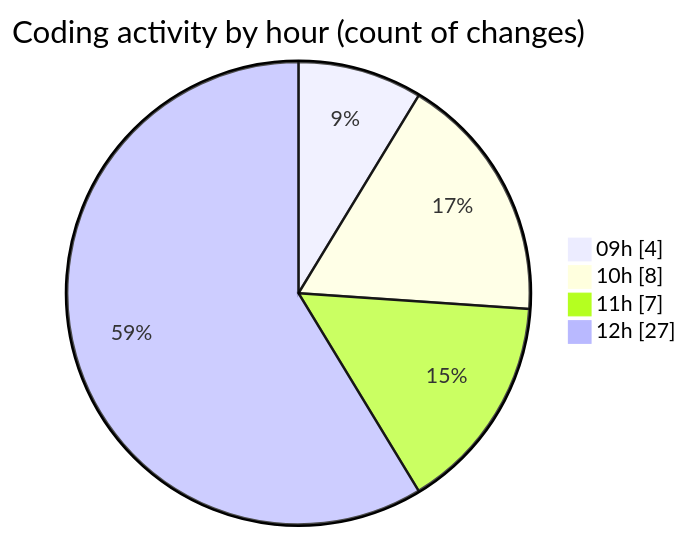
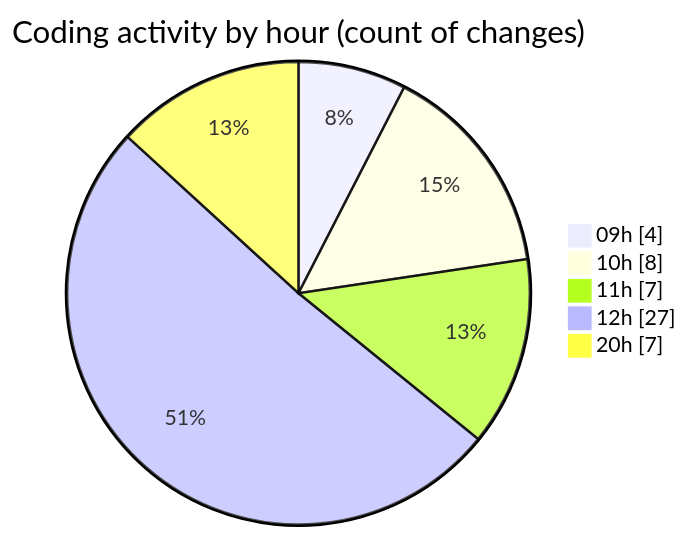
One commit to momahboobian/code-tracking changed the second of 2 diagrams in 2026-08-03/cda/README.md. Above: the diagram before and after it, drawn with Mermaid. The commit also changed other lines of this file and 1 other file, not shown here.

````diff
--- a/2026-08-03/cda/README.md
+++ b/2026-08-03/cda/README.md
@@ -41,8 +42,9 @@
 ```mermaid
 pie showData
 title Coding activity by hour (count of changes)
 "09h" : 4
 "10h" : 8
 "11h" : 7
 "12h" : 27
+"20h" : 7
 ```
````
